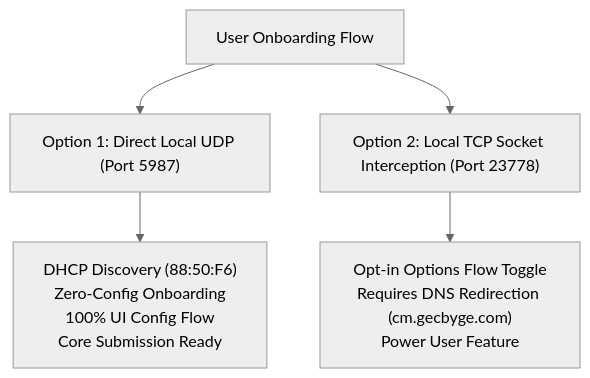
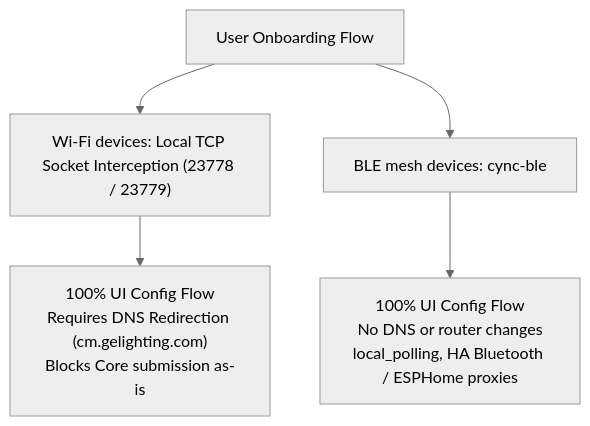
One commit to Proxy-alt/cync-lan changed the first of 2 diagrams in docs/ha_integration_architecture_and_uiux.md. Above: the diagram before and after it, drawn with Mermaid (neutral theme). The commit also changed other lines of this file and 1 other file, not shown here.

First line of the commit message:
docs: retract the local UDP transport, confirmed absent on hardware

````diff
--- a/docs/ha_integration_architecture_and_uiux.md
+++ b/docs/ha_integration_architecture_and_uiux.md
@@ -11,10 +23,10 @@
 ```mermaid
 graph TD
     User["User Onboarding Flow"]
 
-    User --> Option1["Option 1: Direct Local UDP (Port 5987)"]
-    Option1 --> Opt1_Details["DHCP Discovery (88:50:F6)<br/>Zero-Config Onboarding<br/>100% UI Config Flow<br/>Core Submission Ready"]
+    User --> WiFi["Wi-Fi devices: Local TCP Socket Interception (23778 / 23779)"]
+    WiFi --> WiFi_Details["100% UI Config Flow<br/>Requires DNS Redirection (cm.gelighting.com)<br/>Blocks Core submission as-is"]
 
-    User --> Option2["Option 2: Local TCP Socket Interception (Port 23778)"]
-    Option2 --> Opt2_Details["Opt-in Options Flow Toggle<br/>Requires DNS Redirection (cm.gecbyge.com)<br/>Power User Feature"]
+    User --> BLE["BLE mesh devices: cync-ble"]
+    BLE --> BLE_Details["100% UI Config Flow<br/>No DNS or router changes<br/>local_polling, HA Bluetooth / ESPHome proxies"]
 ```
````
